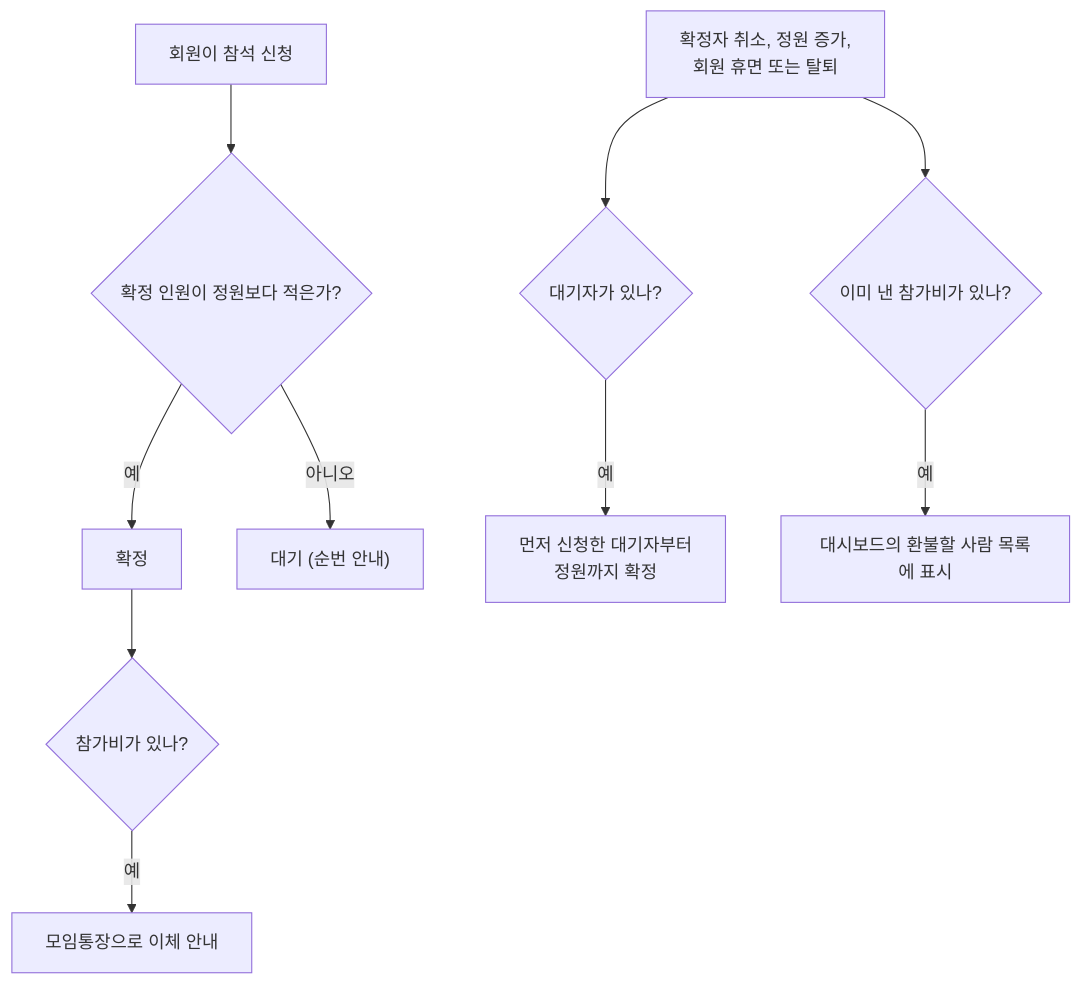
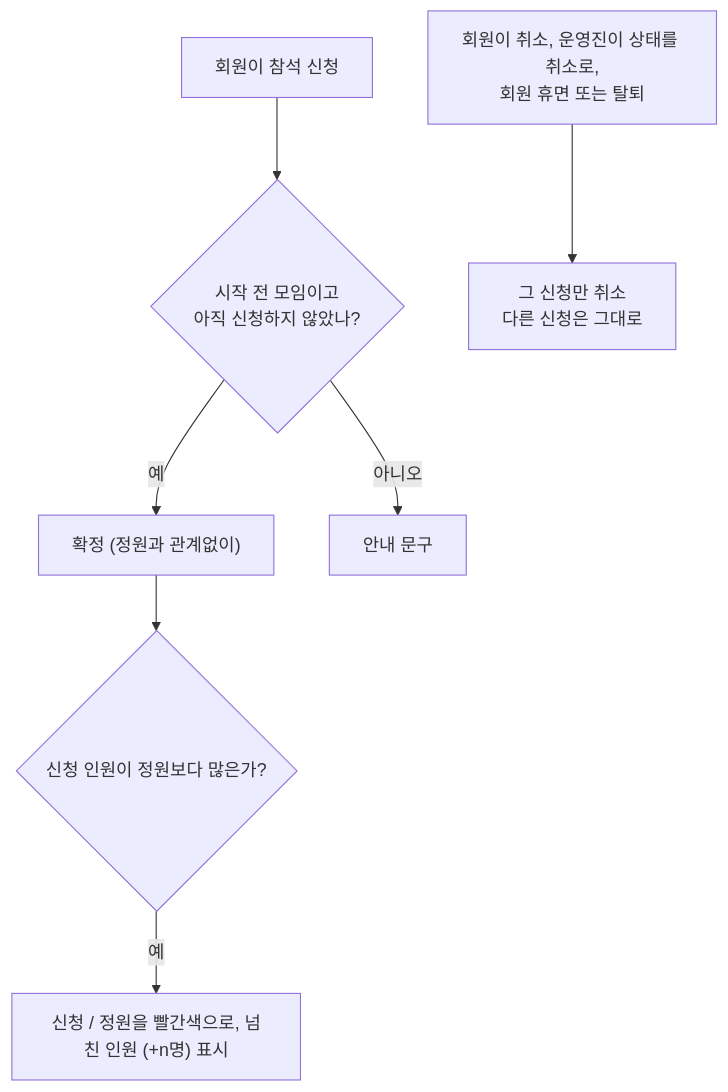
One commit to keepmind7/AI_Club_Web changed the third of 6 diagrams in README.md. Above: the diagram before and after it, drawn with Mermaid. The commit also changed other lines of this file and 33 other files, not shown here.

````diff
--- a/README.md
+++ b/README.md
@@ -349,12 +348,9 @@
 ```mermaid
 flowchart TD
-    A["회원이 참석 신청"] --> E{"확정 인원이 정원보다 적은가?"}
-    E -- 예 --> F["확정"]
-    E -- 아니오 --> G["대기 (순번 안내)"]
-    F --> H{"참가비가 있나?"}
-    H -- 예 --> I["모임통장으로 이체 안내"]
-    X["확정자 취소, 정원 증가,<br/>회원 휴면 또는 탈퇴"] --> Y{"대기자가 있나?"}
-    Y -- 예 --> Z["먼저 신청한 대기자부터<br/>정원까지 확정"]
-    X --> R{"이미 낸 참가비가 있나?"}
-    R -- 예 --> S["대시보드의 환불할 사람 목록에 표시"]
+    A["회원이 참석 신청"] --> B{"시작 전 모임이고<br/>아직 신청하지 않았나?"}
+    B -- 예 --> F["확정 (정원과 관계없이)"]
+    B -- 아니오 --> N["안내 문구"]
+    F --> V{"신청 인원이 정원보다 많은가?"}
+    V -- 예 --> R["신청 / 정원을 빨간색으로, 넘친 인원 (+n명) 표시"]
+    X["회원이 취소, 운영진이 상태를 취소로,<br/>회원 휴면 또는 탈퇴"] --> C["그 신청만 취소<br/>다른 신청은 그대로"]
 ```
````
